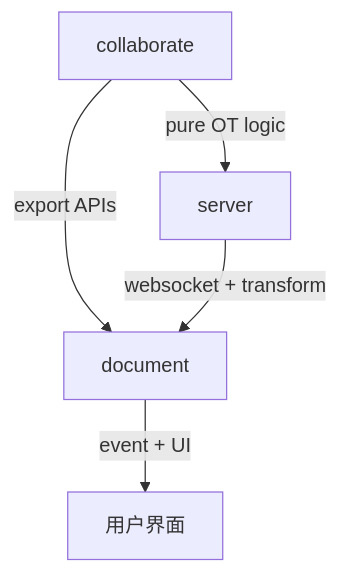
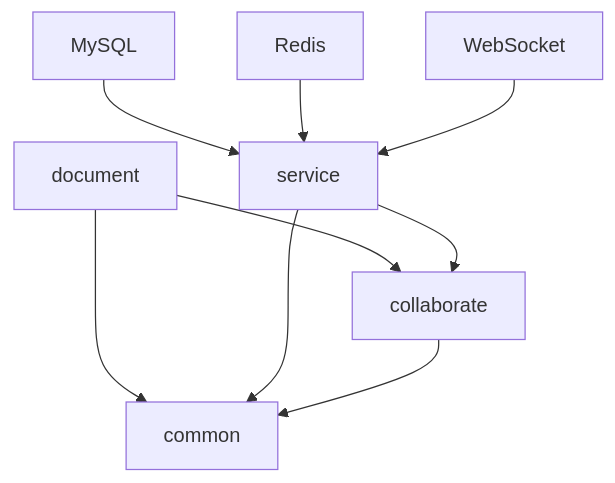
Before and after one commit to hzjswlgbsj/delta-ot: the third of 4 diagrams in Architecture.md, drawn with Mermaid. The commit also changed other lines of this file and 10 other files, not shown here.

````diff
--- a/Architecture.md
+++ b/Architecture.md
@@ -142,10 +265,12 @@
 ```mermaid
 graph TD
-  A[collaborate]
-  B[document]
-  C[server]
-  A -->|export APIs| B
-  A -->|pure OT logic| C
-  B -->|event + UI| user[用户界面]
-  C -->|websocket + transform| B
+    A[document] --> B[collaborate]
+    A --> C[common]
+    D[service] --> B
+    D --> C
+    B --> C
+    
+    E[MySQL] --> D
+    F[Redis] --> D
+    G[WebSocket] --> D
 ```
````
